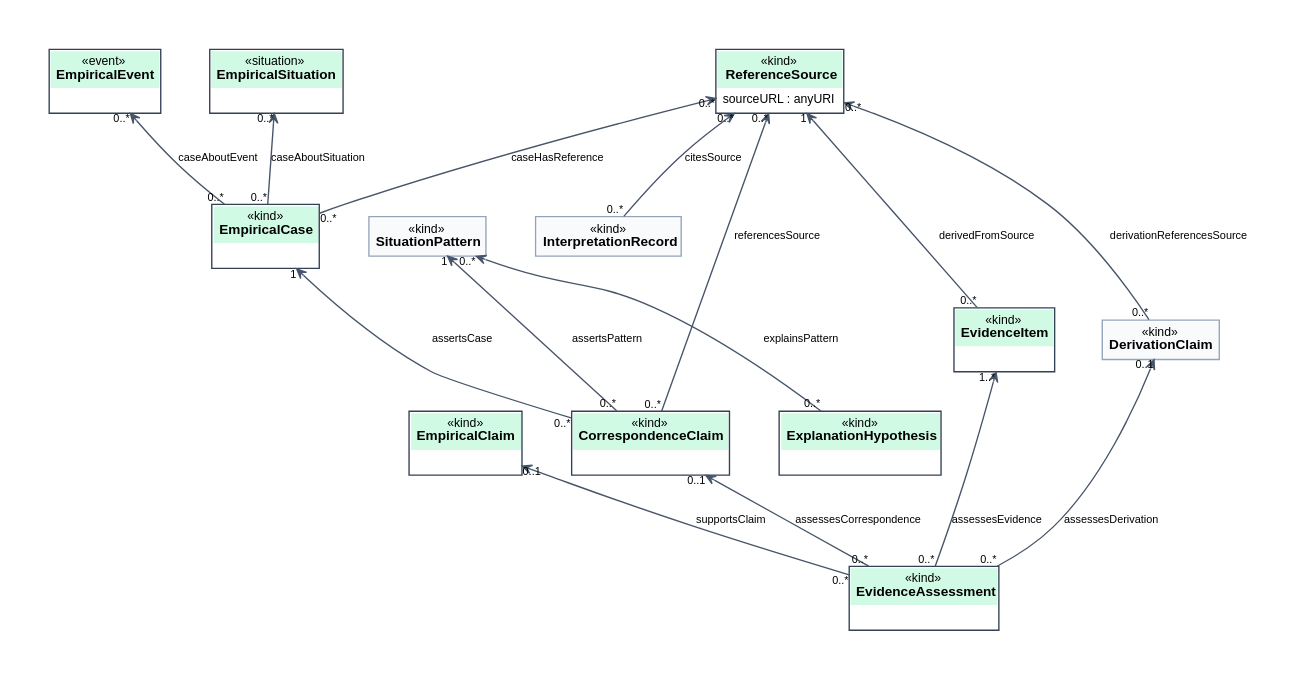
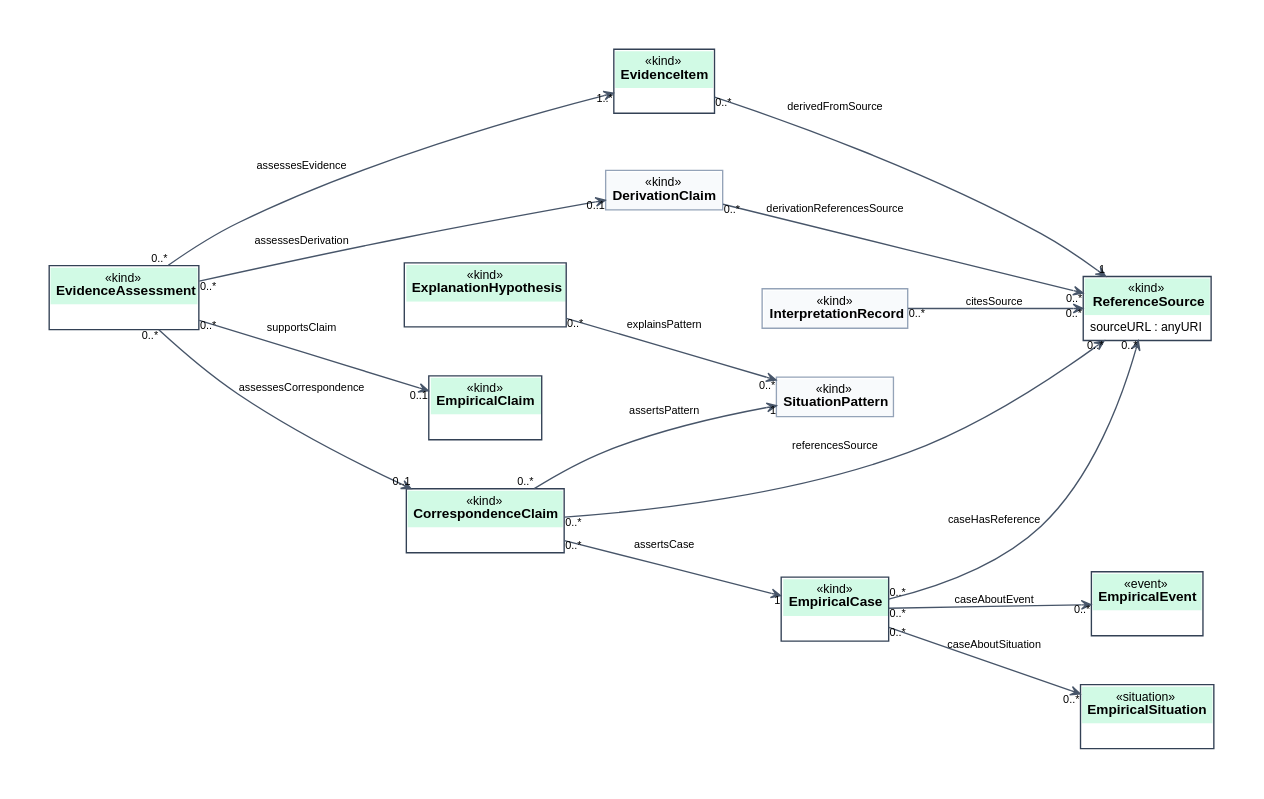
The diagram in model/diagrams/ontouml/evidence.dot (jeffersonspeck/artistic-reality-ontology), drawn with Graphviz before and after one commit. The commit also changed 58 other files, not shown here.

```diff
--- a/model/diagrams/ontouml/evidence.dot
+++ b/model/diagrams/ontouml/evidence.dot
@@ -1,32 +1,32 @@
 // Generated by scripts/build.py from model/conceptual-model.json. Do not edit by hand.
 digraph ontouml {
-graph [rankdir=BT, bgcolor="white", pad="0.4", nodesep="0.5", ranksep="0.8", fontname="Arial", fontsize=12, labeljust="l", newrank=true, splines=true];
+graph [rankdir=LR, bgcolor="white", pad="0.4", nodesep="0.5", ranksep="0.8", fontname="Arial", fontsize=14, labeljust="l", newrank=true, splines=true];
 node [fontname="Arial", fontsize=10];
 edge [fontname="Arial", fontsize=8, color="#475569", arrowsize=0.7];
 "EmpiricalCase" [shape=plain, label=<<TABLE BORDER="1" COLOR="#334155" CELLBORDER="0" CELLSPACING="0" CELLPADDING="4"><TR><TD BGCOLOR="#d1fae5"><FONT POINT-SIZE="9">«kind»</FONT><BR/><B>EmpiricalCase</B></TD></TR><TR><TD ALIGN="LEFT" BALIGN="LEFT" BGCOLOR="white"><FONT POINT-SIZE="9"> </FONT></TD></TR></TABLE>>];
 "EmpiricalClaim" [shape=plain, label=<<TABLE BORDER="1" COLOR="#334155" CELLBORDER="0" CELLSPACING="0" CELLPADDING="4"><TR><TD BGCOLOR="#d1fae5"><FONT POINT-SIZE="9">«kind»</FONT><BR/><B>EmpiricalClaim</B></TD></TR><TR><TD ALIGN="LEFT" BALIGN="LEFT" BGCOLOR="white"><FONT POINT-SIZE="9"> </FONT></TD></TR></TABLE>>];
 "ReferenceSource" [shape=plain, label=<<TABLE BORDER="1" COLOR="#334155" CELLBORDER="0" CELLSPACING="0" CELLPADDING="4"><TR><TD BGCOLOR="#d1fae5"><FONT POINT-SIZE="9">«kind»</FONT><BR/><B>ReferenceSource</B></TD></TR><TR><TD ALIGN="LEFT" BALIGN="LEFT" BGCOLOR="white"><FONT POINT-SIZE="9">sourceURL : anyURI<BR ALIGN="LEFT"/></FONT></TD></TR></TABLE>>];
 "EvidenceItem" [shape=plain, label=<<TABLE BORDER="1" COLOR="#334155" CELLBORDER="0" CELLSPACING="0" CELLPADDING="4"><TR><TD BGCOLOR="#d1fae5"><FONT POINT-SIZE="9">«kind»</FONT><BR/><B>EvidenceItem</B></TD></TR><TR><TD ALIGN="LEFT" BALIGN="LEFT" BGCOLOR="white"><FONT POINT-SIZE="9"> </FONT></TD></TR></TABLE>>];
 "CorrespondenceClaim" [shape=plain, label=<<TABLE BORDER="1" COLOR="#334155" CELLBORDER="0" CELLSPACING="0" CELLPADDING="4"><TR><TD BGCOLOR="#d1fae5"><FONT POINT-SIZE="9">«kind»</FONT><BR/><B>CorrespondenceClaim</B></TD></TR><TR><TD ALIGN="LEFT" BALIGN="LEFT" BGCOLOR="white"><FONT POINT-SIZE="9"> </FONT></TD></TR></TABLE>>];
 "EvidenceAssessment" [shape=plain, label=<<TABLE BORDER="1" COLOR="#334155" CELLBORDER="0" CELLSPACING="0" CELLPADDING="4"><TR><TD BGCOLOR="#d1fae5"><FONT POINT-SIZE="9">«kind»</FONT><BR/><B>EvidenceAssessment</B></TD></TR><TR><TD ALIGN="LEFT" BALIGN="LEFT" BGCOLOR="white"><FONT POINT-SIZE="9"> </FONT></TD></TR></TABLE>>];
 "ExplanationHypothesis" [shape=plain, label=<<TABLE BORDER="1" COLOR="#334155" CELLBORDER="0" CELLSPACING="0" CELLPADDING="4"><TR><TD BGCOLOR="#d1fae5"><FONT POINT-SIZE="9">«kind»</FONT><BR/><B>ExplanationHypothesis</B></TD></TR><TR><TD ALIGN="LEFT" BALIGN="LEFT" BGCOLOR="white"><FONT POINT-SIZE="9"> </FONT></TD></TR></TABLE>>];
 "EmpiricalSituation" [shape=plain, label=<<TABLE BORDER="1" COLOR="#334155" CELLBORDER="0" CELLSPACING="0" CELLPADDING="4"><TR><TD BGCOLOR="#d1fae5"><FONT POINT-SIZE="9">«situation»</FONT><BR/><B>EmpiricalSituation</B></TD></TR><TR><TD ALIGN="LEFT" BALIGN="LEFT" BGCOLOR="white"><FONT POINT-SIZE="9"> </FONT></TD></TR></TABLE>>];
 "EmpiricalEvent" [shape=plain, label=<<TABLE BORDER="1" COLOR="#334155" CELLBORDER="0" CELLSPACING="0" CELLPADDING="4"><TR><TD BGCOLOR="#d1fae5"><FONT POINT-SIZE="9">«event»</FONT><BR/><B>EmpiricalEvent</B></TD></TR><TR><TD ALIGN="LEFT" BALIGN="LEFT" BGCOLOR="white"><FONT POINT-SIZE="9"> </FONT></TD></TR></TABLE>>];
 "DerivationClaim" [shape=plain, label=<<TABLE BORDER="1" COLOR="#94a3b8" CELLBORDER="0" CELLSPACING="0" CELLPADDING="4"><TR><TD BGCOLOR="#f8fafc"><FONT POINT-SIZE="9">«kind»</FONT><BR/><B>DerivationClaim</B></TD></TR></TABLE>>];
 "InterpretationRecord" [shape=plain, label=<<TABLE BORDER="1" COLOR="#94a3b8" CELLBORDER="0" CELLSPACING="0" CELLPADDING="4"><TR><TD BGCOLOR="#f8fafc"><FONT POINT-SIZE="9">«kind»</FONT><BR/><B>InterpretationRecord</B></TD></TR></TABLE>>];
 "SituationPattern" [shape=plain, label=<<TABLE BORDER="1" COLOR="#94a3b8" CELLBORDER="0" CELLSPACING="0" CELLPADDING="4"><TR><TD BGCOLOR="#f8fafc"><FONT POINT-SIZE="9">«kind»</FONT><BR/><B>SituationPattern</B></TD></TR></TABLE>>];
 "EmpiricalCase" -> "EmpiricalSituation" [label="caseAboutSituation", taillabel="0..*", headlabel="0..*", arrowhead=open, labelfontsize=8];
 "EmpiricalCase" -> "EmpiricalEvent" [label="caseAboutEvent", taillabel="0..*", headlabel="0..*", arrowhead=open, labelfontsize=8];
 "CorrespondenceClaim" -> "SituationPattern" [label="assertsPattern", taillabel="0..*", headlabel="1", arrowhead=open, labelfontsize=8];
 "CorrespondenceClaim" -> "EmpiricalCase" [label="assertsCase", taillabel="0..*", headlabel="1", arrowhead=open, labelfontsize=8];
 "EvidenceItem" -> "ReferenceSource" [label="derivedFromSource", taillabel="0..*", headlabel="1", arrowhead=open, labelfontsize=8];
 "EvidenceAssessment" -> "EmpiricalClaim" [label="supportsClaim", taillabel="0..*", headlabel="0..1", arrowhead=open, labelfontsize=8];
 "EvidenceAssessment" -> "CorrespondenceClaim" [label="assessesCorrespondence", taillabel="0..*", headlabel="0..1", arrowhead=open, labelfontsize=8];
 "EvidenceAssessment" -> "EvidenceItem" [label="assessesEvidence", taillabel="0..*", headlabel="1..*", arrowhead=open, labelfontsize=8];
 "InterpretationRecord" -> "ReferenceSource" [label="citesSource", taillabel="0..*", headlabel="0..*", arrowhead=open, labelfontsize=8];
 "CorrespondenceClaim" -> "ReferenceSource" [label="referencesSource", taillabel="0..*", headlabel="0..*", arrowhead=open, labelfontsize=8];
 "EmpiricalCase" -> "ReferenceSource" [label="caseHasReference", taillabel="0..*", headlabel="0..*", arrowhead=open, labelfontsize=8];
 "ExplanationHypothesis" -> "SituationPattern" [label="explainsPattern", taillabel="0..*", headlabel="0..*", arrowhead=open, labelfontsize=8];
 "DerivationClaim" -> "ReferenceSource" [label="derivationReferencesSource", taillabel="0..*", headlabel="0..*", arrowhead=open, labelfontsize=8];
 "EvidenceAssessment" -> "DerivationClaim" [label="assessesDerivation", taillabel="0..*", headlabel="0..1", arrowhead=open, labelfontsize=8];
 }
```
